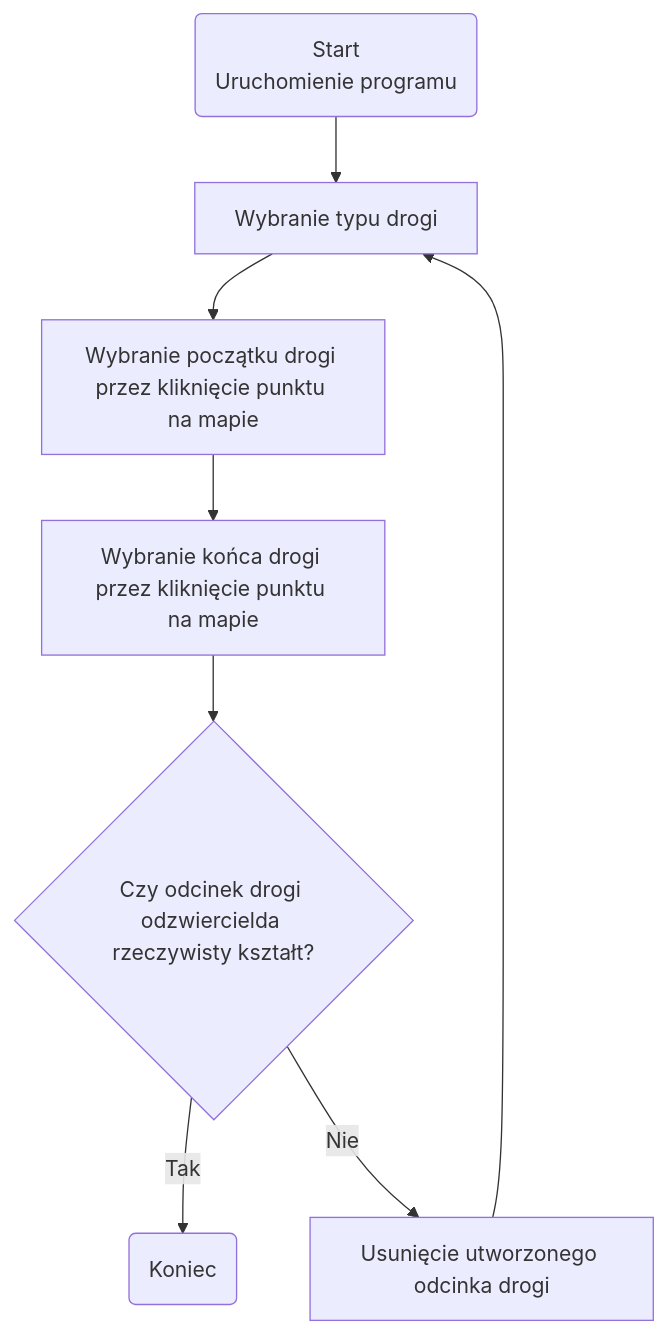
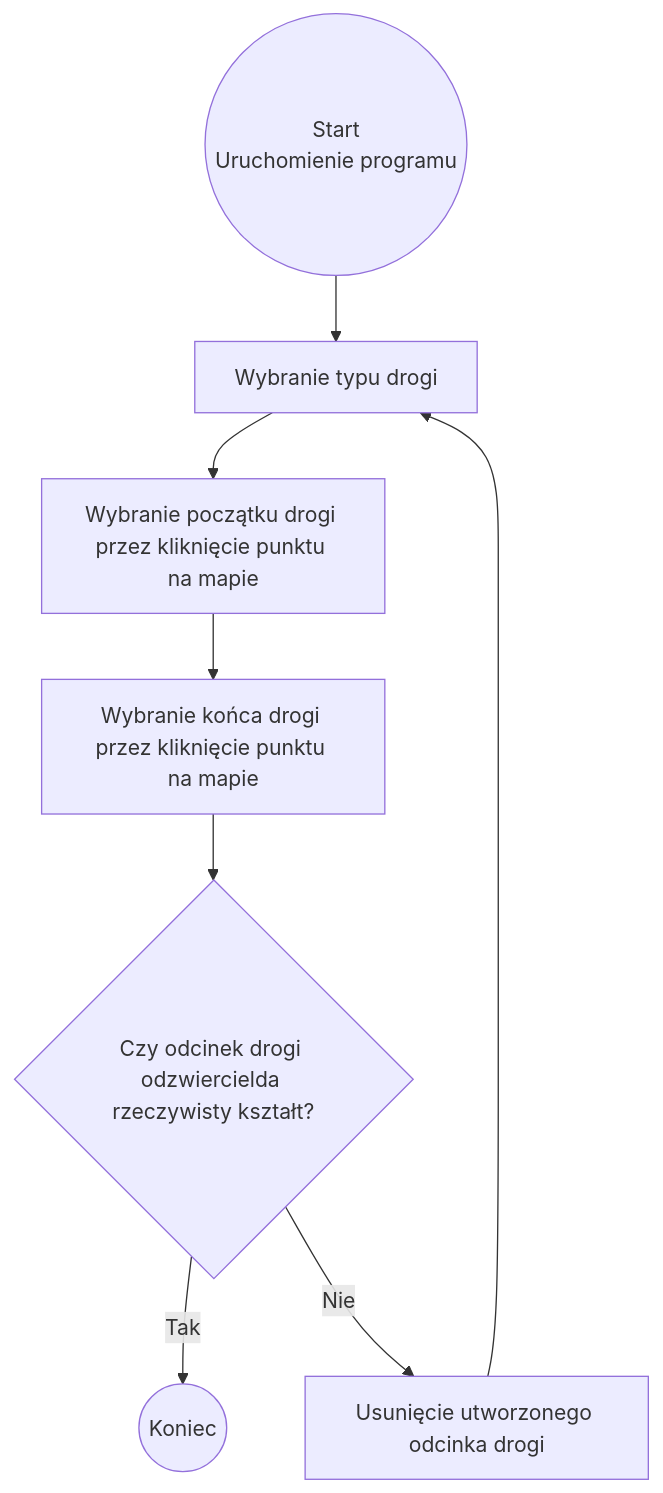
One commit to Vomiroy/Symulator-ruchu-drogowego changed the diagram in docs/user_flow.md. Above: the diagram before and after it, drawn with Mermaid.

Commit message:
Fix formatting in user flow diagram

````diff
--- a/docs/user_flow.md
+++ b/docs/user_flow.md
@@ -1,11 +1,11 @@
 ```mermaid
 flowchart TD
-    A(Start
-Uruchomienie programu) --> B[Wybranie typu drogi]
+    A((Start
+Uruchomienie programu)) --> B[Wybranie typu drogi]
     B --> C[Wybranie początku drogi przez kliknięcie punktu na mapie]
     C --> D[Wybranie końca drogi przez kliknięcie punktu na mapie]
     D --> E{Czy odcinek drogi odzwiercielda rzeczywisty kształt?}
-    E -- Tak --> F(Koniec)
+    E -- Tak --> F((Koniec))
     E -- Nie --> G[Usunięcie utworzonego odcinka drogi]
     G --> B  
 ```
````
